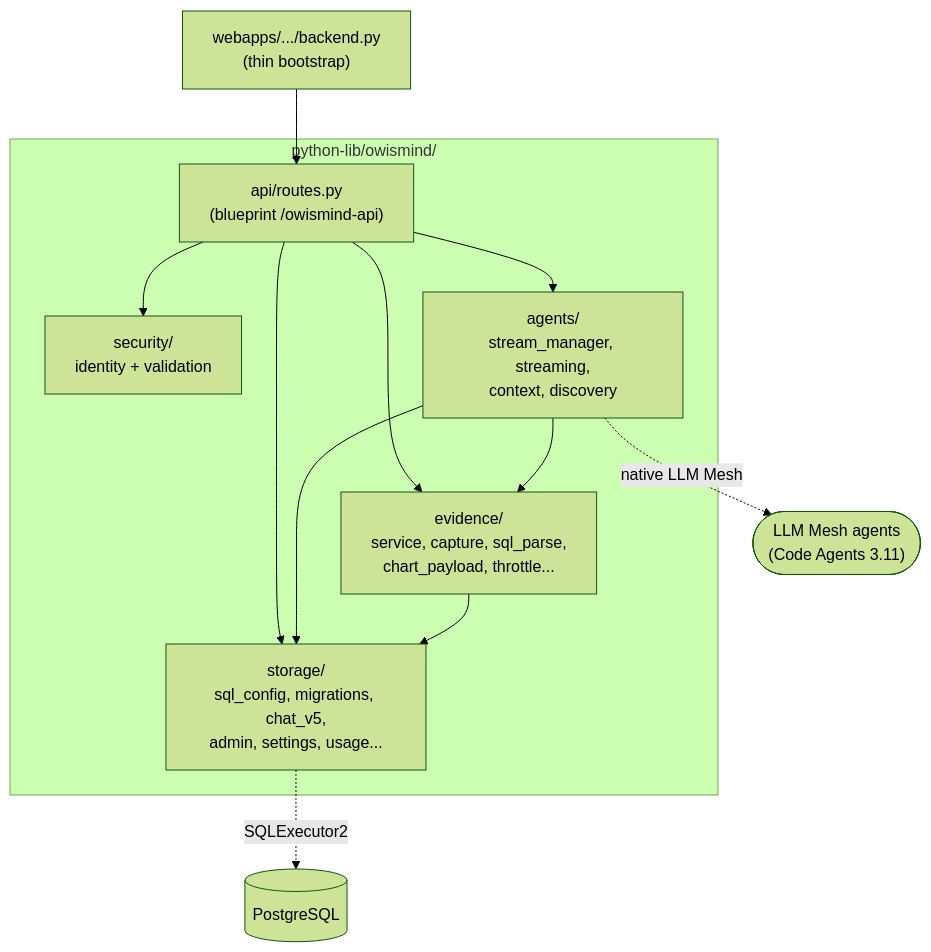
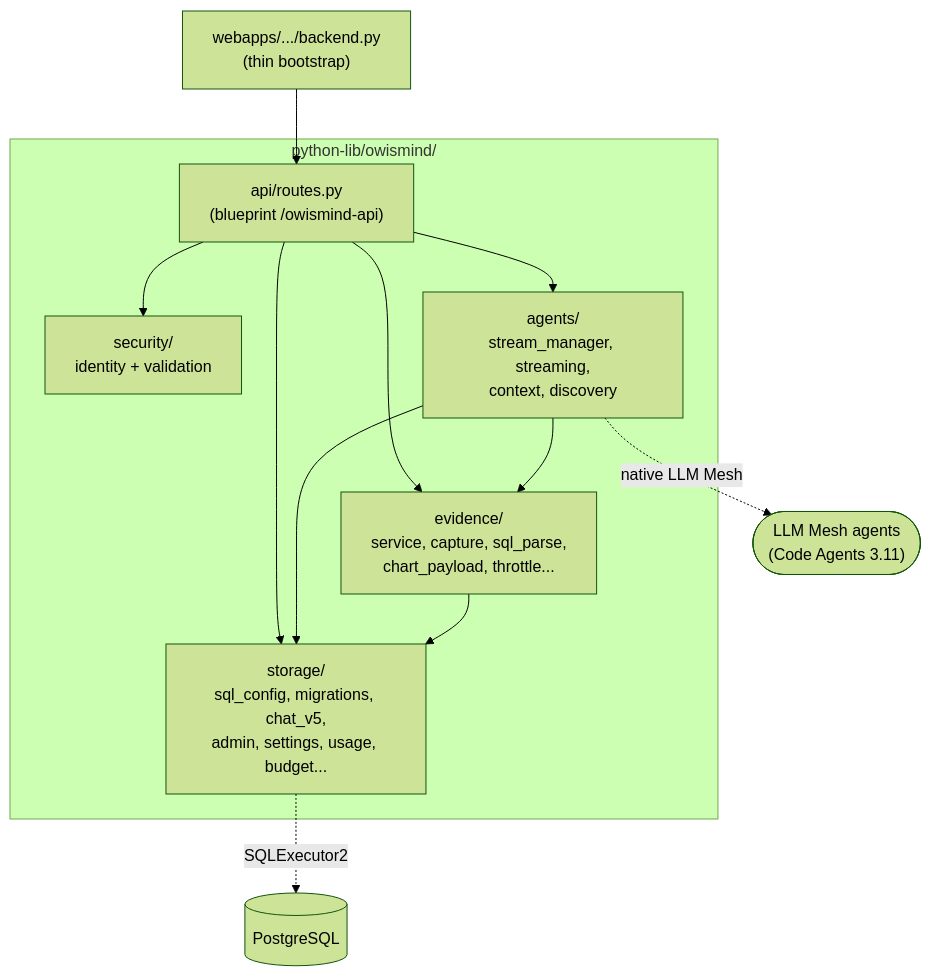
One commit to SAIDCHAOUI/owismind-system changed the diagram in project-documentation/04-backend/01-overview-and-structure.md. Above: the diagram before and after it, drawn with Mermaid (forest theme). The commit also changed other lines of this file and 66 other files, not shown here.

````diff
--- a/project-documentation/04-backend/01-overview-and-structure.md
+++ b/project-documentation/04-backend/01-overview-and-structure.md
@@ -81,20 +82,20 @@
 ```mermaid
 flowchart TD
     BOOT["webapps/.../backend.py<br/>(thin bootstrap)"] --> API
     subgraph PKG["python-lib/owismind/"]
       API["api/routes.py<br/>(blueprint /owismind-api)"]
       SEC["security/<br/>identity + validation"]
       AG["agents/<br/>stream_manager, streaming,<br/>context, discovery"]
       EV["evidence/<br/>service, capture, sql_parse,<br/>chart_payload, throttle..."]
-      ST["storage/<br/>sql_config, migrations, chat_v5,<br/>admin, settings, usage..."]
+      ST["storage/<br/>sql_config, migrations, chat_v5,<br/>admin, settings, usage, budget..."]
     end
     API --> SEC
     API --> AG
     API --> EV
     API --> ST
     AG --> ST
     AG --> EV
     EV --> ST
     AG -. native LLM Mesh .-> MESH(["LLM Mesh agents<br/>(Code Agents 3.11)"])
     ST -. SQLExecutor2 .-> PG[("PostgreSQL")]
 ```
````
